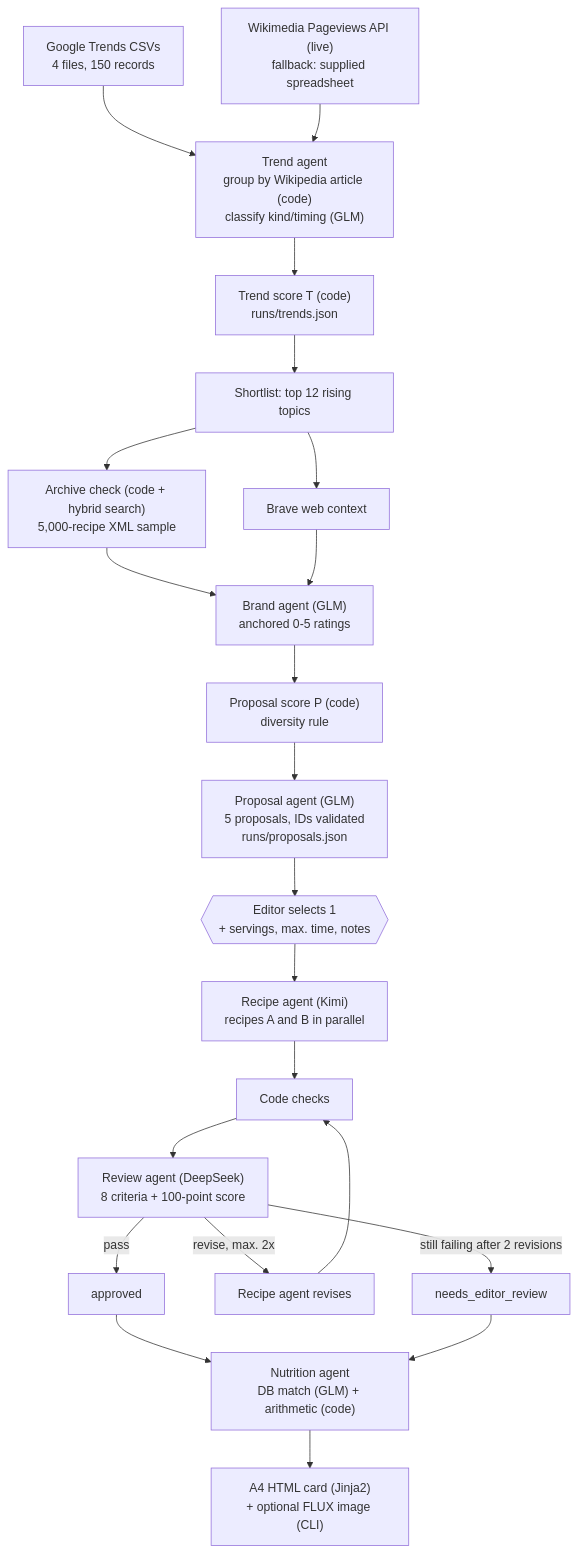
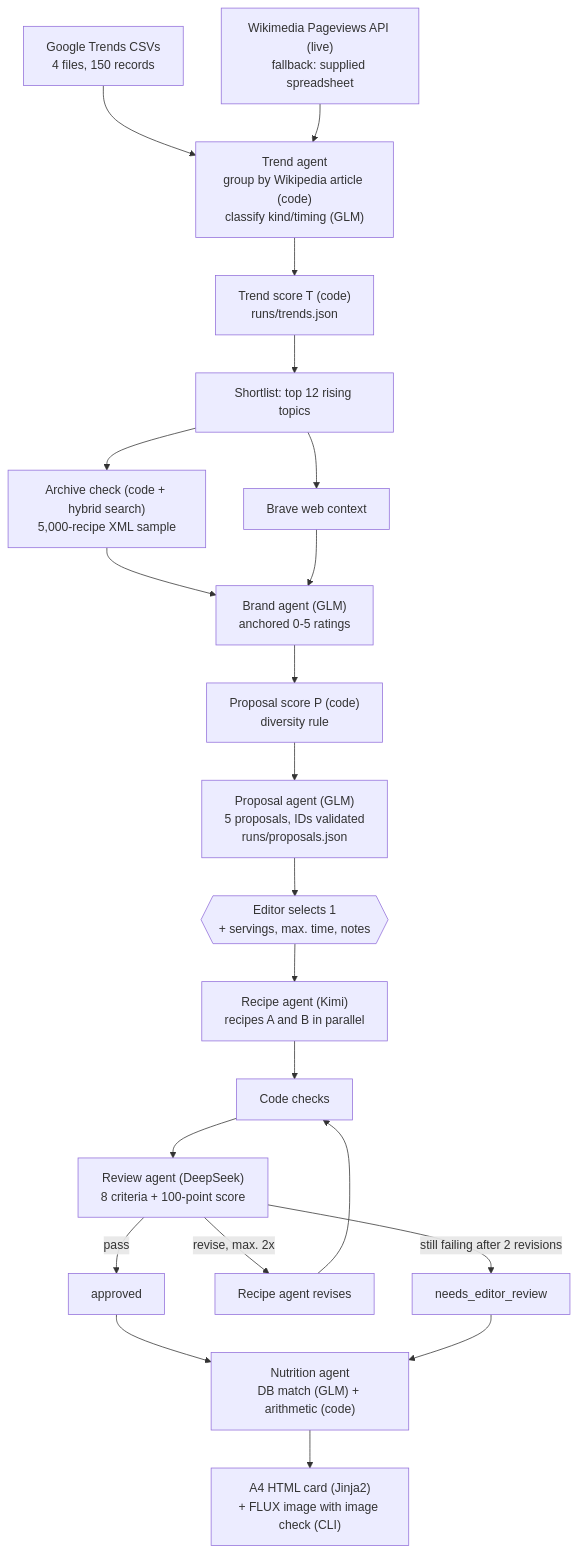
Before and after one commit to nouha98/Burda-Challenge-2: the first of 2 diagrams in PRESENTATION.md, drawn with Mermaid. The commit also changed other lines of this file and 4 other files, not shown here.

````diff
--- a/PRESENTATION.md
+++ b/PRESENTATION.md
@@ -27,24 +27,24 @@
 ```mermaid
 flowchart TD
     GT["Google Trends CSVs<br/>4 files, 150 records"] --> TA
     WM["Wikimedia Pageviews API (live)<br/>fallback: supplied spreadsheet"] --> TA
     TA["Trend agent<br/>group by Wikipedia article (code)<br/>classify kind/timing (GLM)"] --> TS["Trend score T (code)<br/>runs/trends.json"]
     TS --> SL["Shortlist: top 12 rising topics"]
     SL --> AR["Archive check (code + hybrid search)<br/>5,000-recipe XML sample"]
     SL --> BR["Brave web context"]
     AR --> BA["Brand agent (GLM)<br/>anchored 0-5 ratings"]
     BR --> BA
     BA --> PS["Proposal score P (code)<br/>diversity rule"]
     PS --> PA["Proposal agent (GLM)<br/>5 proposals, IDs validated<br/>runs/proposals.json"]
     PA --> ED{{"Editor selects 1<br/>+ servings, max. time, notes"}}
     ED --> RA["Recipe agent (Kimi)<br/>recipes A and B in parallel"]
     RA --> CC["Code checks"]
     CC --> RV["Review agent (DeepSeek)<br/>8 criteria + 100-point score"]
     RV -->|"pass"| OK["approved"]
     RV -->|"revise, max. 2x"| REV["Recipe agent revises"]
     REV --> CC
     RV -->|"still failing after 2 revisions"| NER["needs_editor_review"]
     OK --> NA["Nutrition agent<br/>DB match (GLM) + arithmetic (code)"]
     NER --> NA
-    NA --> CARD["A4 HTML card (Jinja2)<br/>+ optional FLUX image (CLI)"]
+    NA --> CARD["A4 HTML card (Jinja2)<br/>+ FLUX image with image check (CLI)"]
 ```
````
